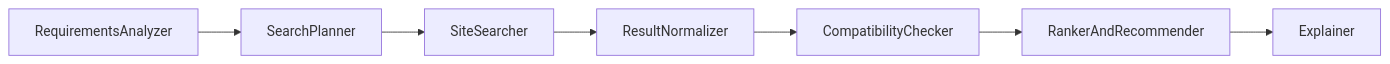
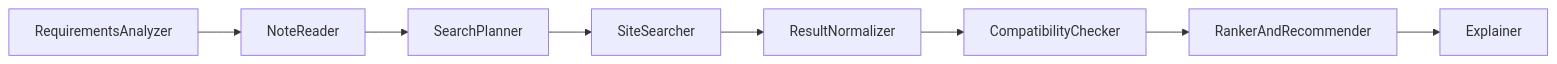
One commit to samam0234/PCForge changed the second of 2 diagrams in README.md. Above: the diagram before and after it, drawn with Mermaid. The commit also changed other lines of this file and 14 other files, not shown here.

````diff
--- a/README.md
+++ b/README.md
@@ -83,5 +79,5 @@
 ```mermaid
 flowchart LR
-    A[RequirementsAnalyzer] --> B[SearchPlanner] --> C[SiteSearcher] --> D[ResultNormalizer]
+    A[RequirementsAnalyzer] --> N[NoteReader] --> B[SearchPlanner] --> C[SiteSearcher] --> D[ResultNormalizer]
     D --> E[CompatibilityChecker] --> F[RankerAndRecommender] --> G[Explainer]
 ```
````
